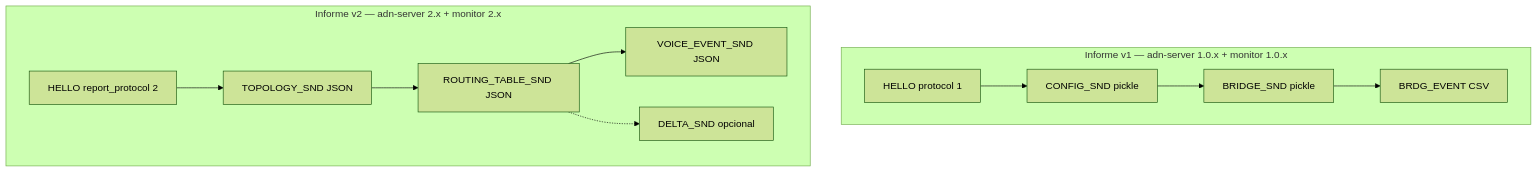
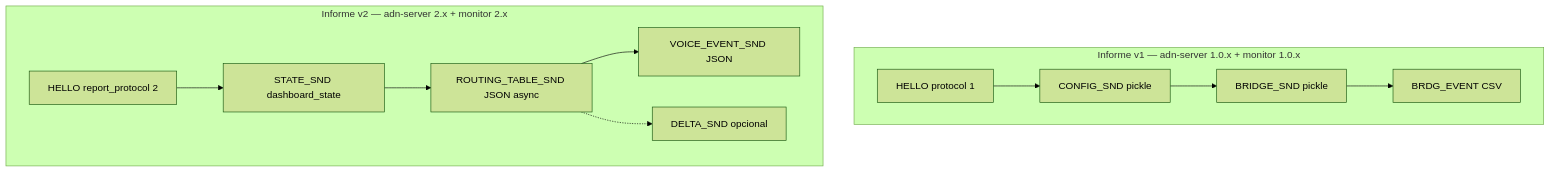
The diagram in docs/es/server/protocols/report-v2.md (ce5rpy/ADN-DMR-Peer-Server), drawn with Mermaid (forest theme) before and after one commit. The commit also changed other lines of this file and 53 other files, not shown here.

````diff
--- a/docs/es/server/protocols/report-v2.md
+++ b/docs/es/server/protocols/report-v2.md
@@ -31,15 +32,15 @@
 ```mermaid
 flowchart TB
   subgraph v1 [Informe v1 — adn-server 1.0.x + monitor 1.0.x]
     H1[HELLO protocol 1] --> C1[CONFIG_SND pickle]
     C1 --> B1[BRIDGE_SND pickle]
     B1 --> V1[BRDG_EVENT CSV]
   end
 
   subgraph v2 [Informe v2 — adn-server 2.x + monitor 2.x]
-    H2[HELLO report_protocol 2] --> T2[TOPOLOGY_SND JSON]
-    T2 --> R2[ROUTING_TABLE_SND JSON]
+    H2[HELLO report_protocol 2] --> S2[STATE_SND dashboard_state]
+    S2 --> R2[ROUTING_TABLE_SND JSON async]
     R2 --> V2[VOICE_EVENT_SND JSON]
     R2 -.-> D2[DELTA_SND opcional]
   end
 ```
````
